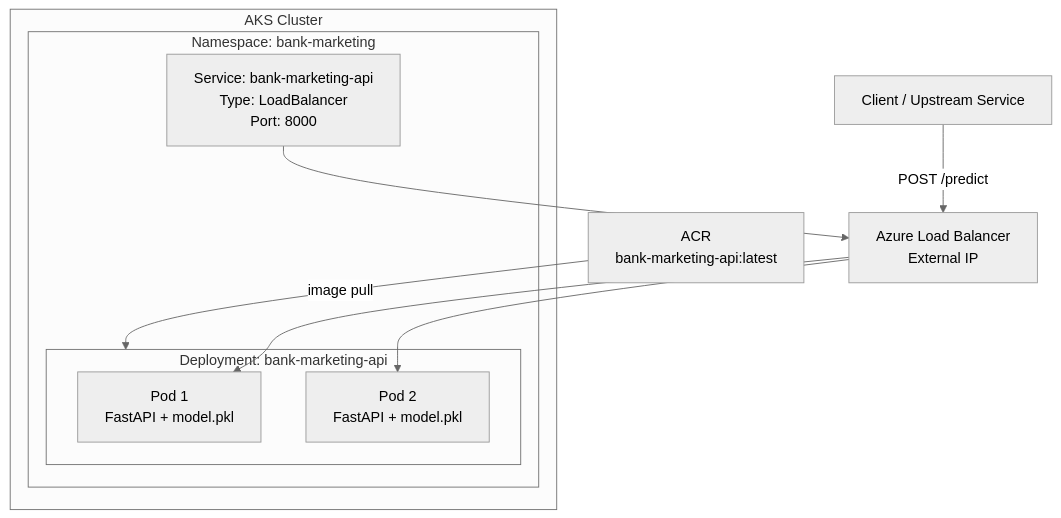
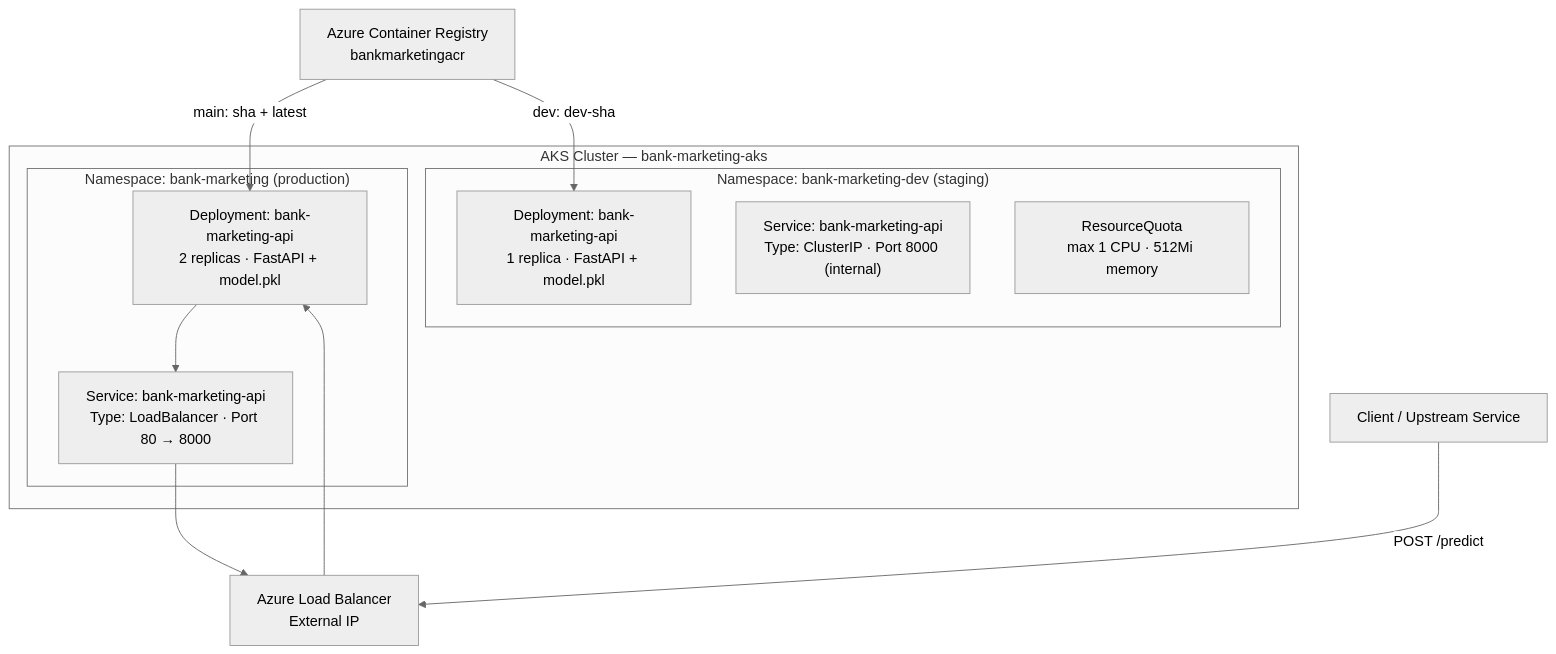
The first of 3 diagrams in docs/deployment.md (Annemarie-Bester/marketing-model-mlops-azure), drawn with Mermaid (neutral theme) before and after one commit. The commit also changed other lines of this file and 6 other files, not shown here.

````diff
--- a/docs/deployment.md
+++ b/docs/deployment.md
@@ -9,22 +18,25 @@
 ```mermaid
 flowchart TD
-    subgraph AKS["AKS Cluster"]
-        subgraph NS["Namespace: bank-marketing"]
-            subgraph DEP["Deployment: bank-marketing-api"]
-                POD1["Pod 1<br/>FastAPI + model.pkl"]
-                POD2["Pod 2<br/>FastAPI + model.pkl"]
-            end
-            SVC["Service: bank-marketing-api<br/>Type: LoadBalancer<br/>Port: 8000"]
+    subgraph AKS["AKS Cluster — bank-marketing-aks"]
+        subgraph NS_PROD["Namespace: bank-marketing (production)"]
+            DEP_PROD["Deployment: bank-marketing-api<br/>2 replicas · FastAPI + model.pkl"]
+            SVC_PROD["Service: bank-marketing-api<br/>Type: LoadBalancer · Port 80 → 8000"]
+        end
+        subgraph NS_DEV["Namespace: bank-marketing-dev (staging)"]
+            DEP_DEV["Deployment: bank-marketing-api<br/>1 replica · FastAPI + model.pkl"]
+            SVC_DEV["Service: bank-marketing-api<br/>Type: ClusterIP · Port 8000 (internal)"]
+            RQ["ResourceQuota<br/>max 1 CPU · 512Mi memory"]
         end
     end
 
-    ACR["ACR<br/>bank-marketing-api:latest"]
+    ACR["Azure Container Registry<br/>bankmarketingacr"]
     LB["Azure Load Balancer<br/>External IP"]
     CLIENT["Client / Upstream Service"]
 
-    ACR -->|"image pull"| DEP
-    SVC --> LB
+    ACR -->|"main: sha + latest"| DEP_PROD
+    ACR -->|"dev: dev-sha"| DEP_DEV
+    DEP_PROD --> SVC_PROD
+    SVC_PROD --> LB
     CLIENT -->|"POST /predict"| LB
-    LB --> POD1
-    LB --> POD2
+    LB --> DEP_PROD
 ```
````
